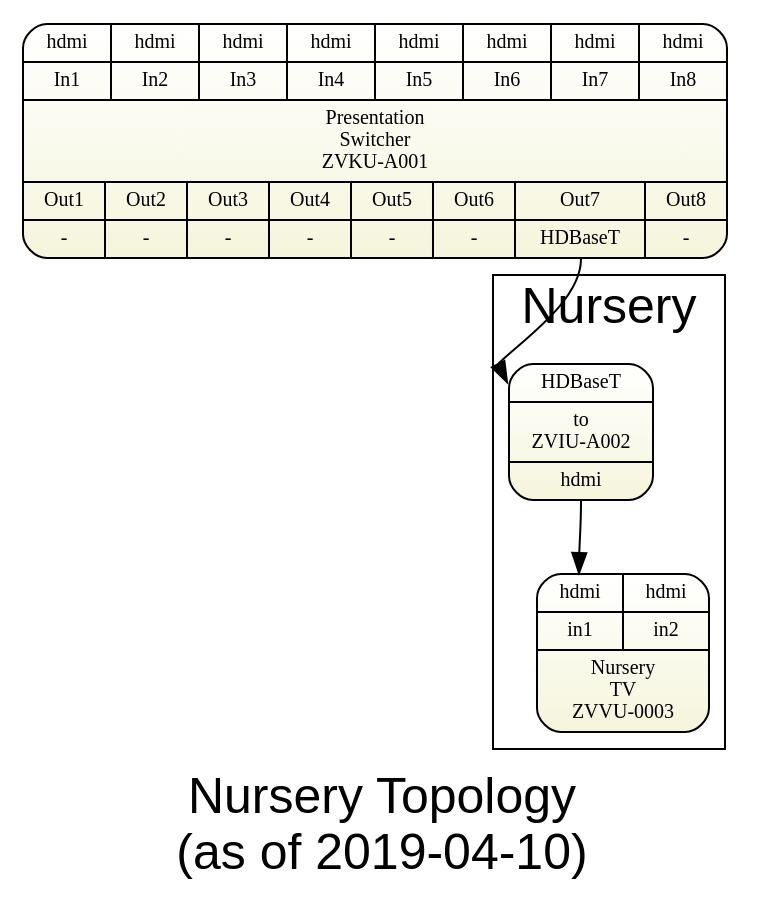
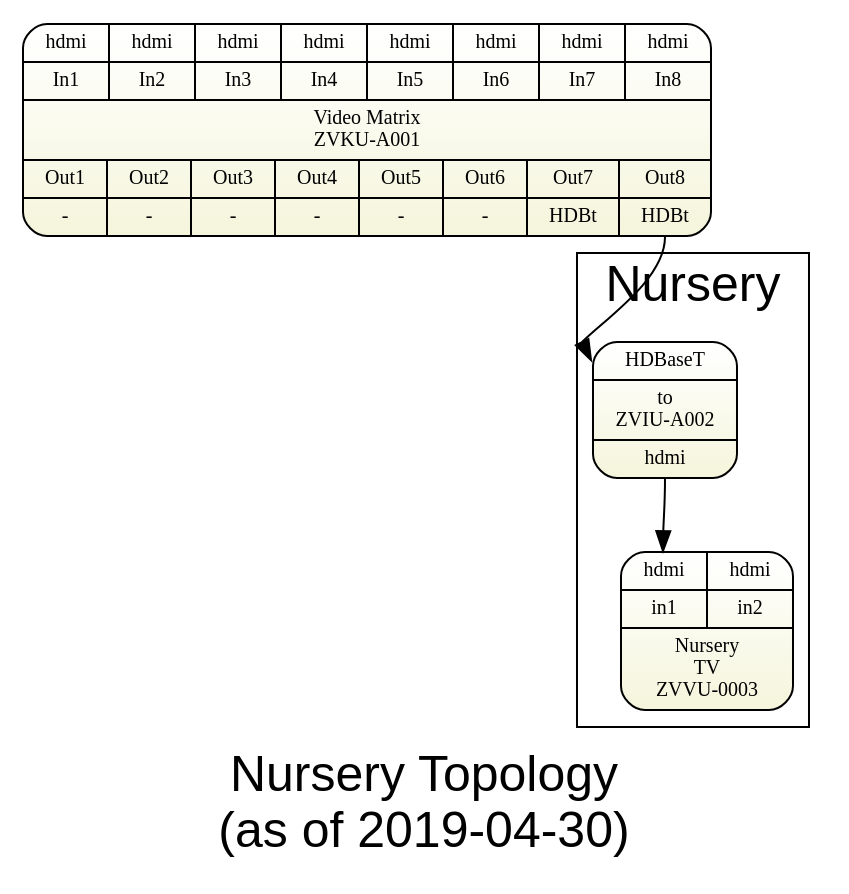
Before and after one commit to avmaint/uactechdoc: the diagram in sdv-topology4-nursery.gv, drawn with Graphviz. The commit also changed 7 other files, not shown here.

Commit message:
Remapping of wiring between ATEM and Video Matrix plus other updates

```diff
--- a/sdv-topology4-nursery.gv
+++ b/sdv-topology4-nursery.gv
@@ -1,24 +1,26 @@
 digraph nursery { 
 graph [overlap = true, fontsize = 25, rankdir=TB
-      label="Nursery Topology\n(as of 2019-04-10)",
+      label="Nursery Topology\n(as of 2019-04-30)",
       fontname = Helvetica]
  
 node [shape=Mrecord, style=filled , fillcolor="white:beige" ,fontsize = 10, 
       gradientangle=270]
   
 pswitch [label="{
-  {{<i1>hdmi|In1}|{<i2>hdmi|In2}|{<i3>hdmi|In3}|{<i4>hdmi|In4}|{<i5>hdmi|In5}|{<i6>hdmi|In6}|{<i7>hdmi|In7}|{<i8>hdmi|In8}}
-  |{Presentation\nSwitcher\nZVKU-A001}|
-  {{<o1>Out1|-}|{Out2|-}|{Out3|-}|{Out4|-}|{Out5|-}|{Out6|-}|{Out7|<o7>HDBaseT}|{Out8|-}}  
+  {{<i1>hdmi|In1}|{<i2>hdmi|In2}|{<i3>hdmi|In3}|{<i4>hdmi|In4}|
+  {<i5>hdmi|In5}|{<i6>hdmi|In6}|{<i7>hdmi|In7}|{<i8>hdmi|In8}}
+  |{Video Matrix\nZVKU-A001}|
+  {{<o1>Out1|-}|{Out2|-}|{Out3|-}|{Out4|-}|
+  {Out5|-}|{Out6|-}|{Out7|<o7>HDBt}|{Out8|<o8>HDBt}}  
   }"]  
   
 node [  tooltip="" ]
 
 subgraph cluster_lobby { label="Nursery" 
   c62hdmi1   [label="{<i>HDBaseT| to\nZVIU-A002|<o>hdmi}", tooltip="In nursery"]
   nurserytv  [label="{ {{<i1>hdmi|in1} | {<i2>hdmi|in2}}|Nursery\nTV\nZVVU-0003}"]
 }
 
-pswitch:o7 -> c62hdmi1:i
+pswitch:o8 -> c62hdmi1:i
 c62hdmi1:o -> nurserytv:i1
 }
```
